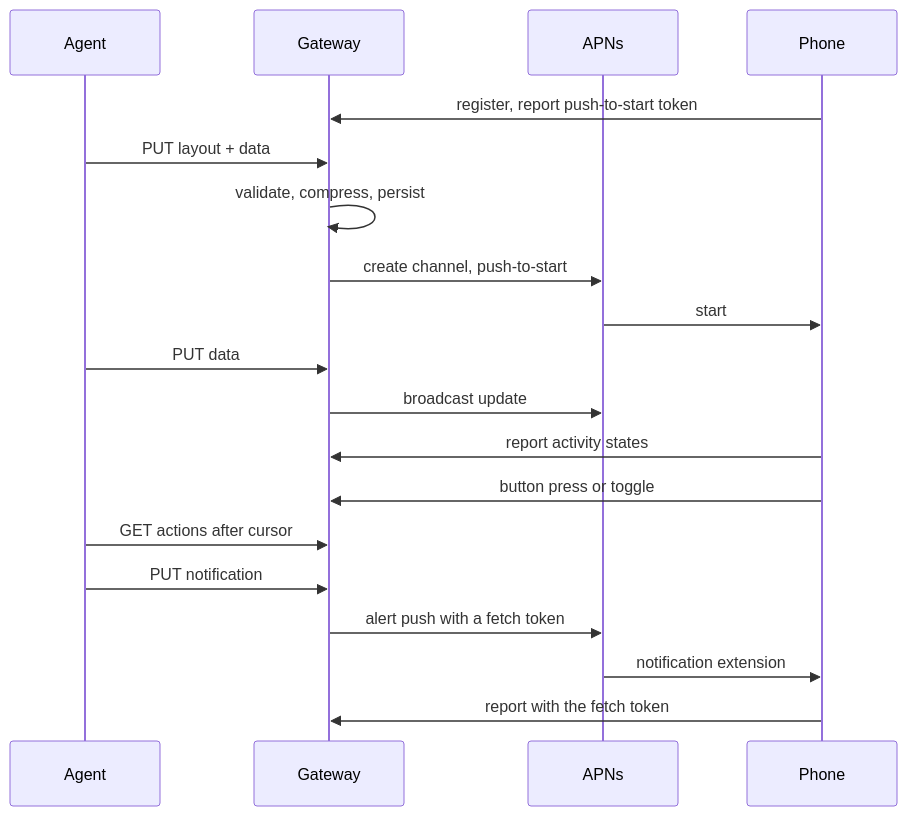
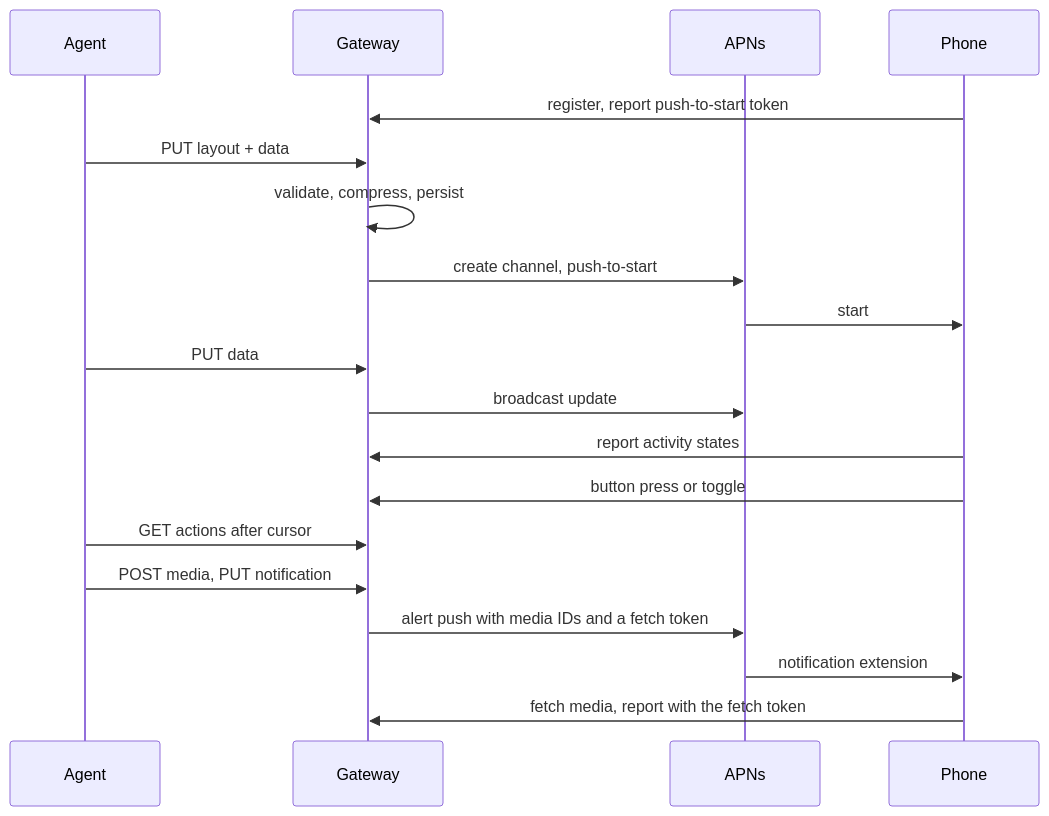
The diagram in docs/architecture.md (emileberhard/Lykta), drawn with Mermaid before and after one commit. The commit also changed other lines of this file and 46 other files, not shown here.

````diff
--- a/docs/architecture.md
+++ b/docs/architecture.md
@@ -18,21 +19,21 @@
 ```mermaid
 sequenceDiagram
     participant Agent
     participant Gateway
     participant APNs
     participant Phone
     Phone->>Gateway: register, report push-to-start token
     Agent->>Gateway: PUT layout + data
     Gateway->>Gateway: validate, compress, persist
     Gateway->>APNs: create channel, push-to-start
     APNs->>Phone: start
     Agent->>Gateway: PUT data
     Gateway->>APNs: broadcast update
     Phone->>Gateway: report activity states
     Phone->>Gateway: button press or toggle
     Agent->>Gateway: GET actions after cursor
-    Agent->>Gateway: PUT notification
-    Gateway->>APNs: alert push with a fetch token
+    Agent->>Gateway: POST media, PUT notification
+    Gateway->>APNs: alert push with media IDs and a fetch token
     APNs->>Phone: notification extension
-    Phone->>Gateway: report with the fetch token
+    Phone->>Gateway: fetch media, report with the fetch token
 ```
````
